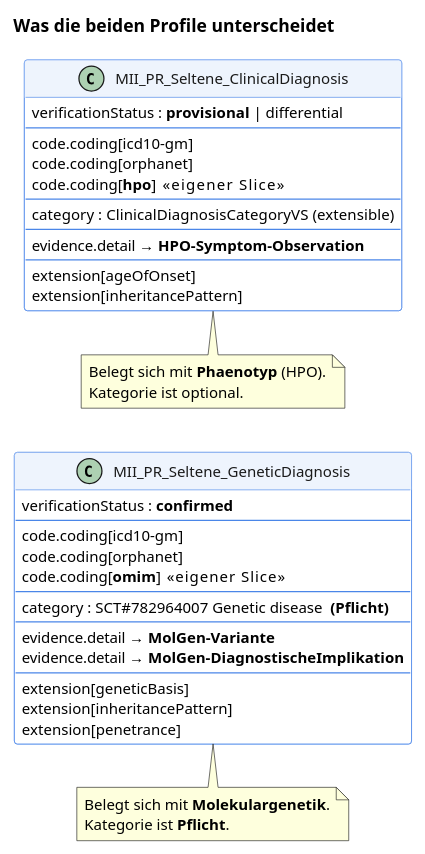
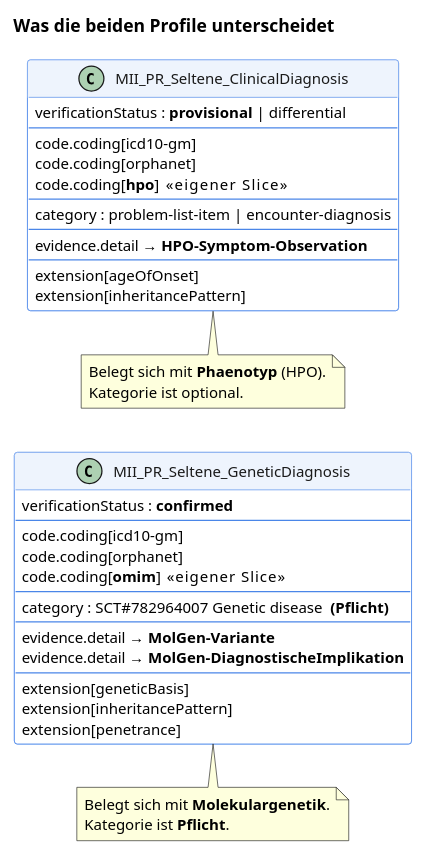
Before and after one commit to medizininformatik-initiative/kerndatensatzmodul-seltene-erkrankungen: the diagram in input/images-source/diagnose-klinisch-vs-genetisch.puml, drawn with PlantUML. The commit also changed 11 other files, not shown here.

```diff
--- a/input/images-source/diagnose-klinisch-vs-genetisch.puml
+++ b/input/images-source/diagnose-klinisch-vs-genetisch.puml
@@ -1,64 +1,64 @@
 @startuml
 ' Klinische gegen genetische Diagnose — ersetzt die beiden langen FSH-Instanzen
 ' auf der Seite clinical-genetic-diagnosis-guide durch einen Strukturvergleich.
 ' Sprachneutral gehalten: nur FHIR-Elementnamen, Profil-IDs und Codes.
 left to right direction
 skinparam backgroundColor transparent
 skinparam shadowing false
 skinparam defaultFontName Helvetica
 skinparam defaultFontSize 12
 skinparam ArrowColor #555555
 skinparam class {
   BorderColor #4a86e8
   BackgroundColor #ffffff
   HeaderBackgroundColor #eef4fd
   FontColor #1a1a1a
 }
 
 title Was die beiden Profile unterscheidet
 
 class "MII_PR_Seltene_ClinicalDiagnosis" as C {
   verificationStatus : **provisional** | differential
   --
   code.coding[icd10-gm]
   code.coding[orphanet]
   code.coding[**hpo**]      << eigener Slice >>
   --
-  category : ClinicalDiagnosisCategoryVS  (extensible)
+  category : problem-list-item | encounter-diagnosis
   --
   evidence.detail → **HPO-Symptom-Observation**
   --
   extension[ageOfOnset]
   extension[inheritancePattern]
 }
 
 class "MII_PR_Seltene_GeneticDiagnosis" as G {
   verificationStatus : **confirmed**
   --
   code.coding[icd10-gm]
   code.coding[orphanet]
   code.coding[**omim**]     << eigener Slice >>
   --
   category : SCT#782964007 Genetic disease  **(Pflicht)**
   --
   evidence.detail → **MolGen-Variante**
   evidence.detail → **MolGen-DiagnostischeImplikation**
   --
   extension[geneticBasis]
   extension[inheritancePattern]
   extension[penetrance]
 }
 
 C -[hidden]right-> G
 
 note bottom of C
   Belegt sich mit **Phaenotyp** (HPO).
   Kategorie ist optional.
 end note
 
 note bottom of G
   Belegt sich mit **Molekulargenetik**.
   Kategorie ist **Pflicht**.
 end note
 
 @enduml
```
